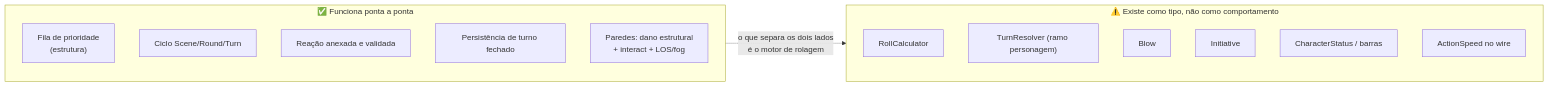
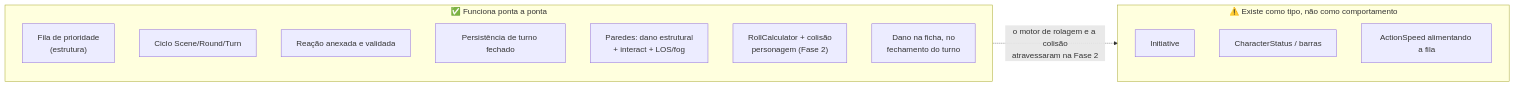
One commit to 422UR4H/HxH_RPG_System changed the diagram in docs/dev/match/flows/05-lacunas.md. Above: the diagram before and after it, drawn with Mermaid. The commit also changed other lines of this file and 5 other files, not shown here.

````diff
--- a/docs/dev/match/flows/05-lacunas.md
+++ b/docs/dev/match/flows/05-lacunas.md
@@ -8,19 +8,18 @@
 ```mermaid
 flowchart LR
     subgraph ok["✅ Funciona ponta a ponta"]
         A["Fila de prioridade<br/>(estrutura)"]
         B["Ciclo Scene/Round/Turn"]
         C["Reação anexada e validada"]
         D["Persistência de turno fechado"]
         E["Paredes: dano estrutural<br/>+ interact + LOS/fog"]
+        F["RollCalculator + colisão<br/>personagem (Fase 2)"]
+        G["Dano na ficha, no<br/>fechamento do turno"]
     end
     subgraph gap["⚠️ Existe como tipo, não como comportamento"]
-        F["RollCalculator"]
-        G["TurnResolver (ramo personagem)"]
-        H["Blow"]
         I["Initiative"]
         J["CharacterStatus / barras"]
-        K["ActionSpeed no wire"]
+        K["ActionSpeed alimentando a fila"]
     end
-    ok -.->|"o que separa os dois lados<br/>é o motor de rolagem"| gap
+    ok -.->|"o motor de rolagem e a colisão<br/>atravessaram na Fase 2"| gap
 ```
````
